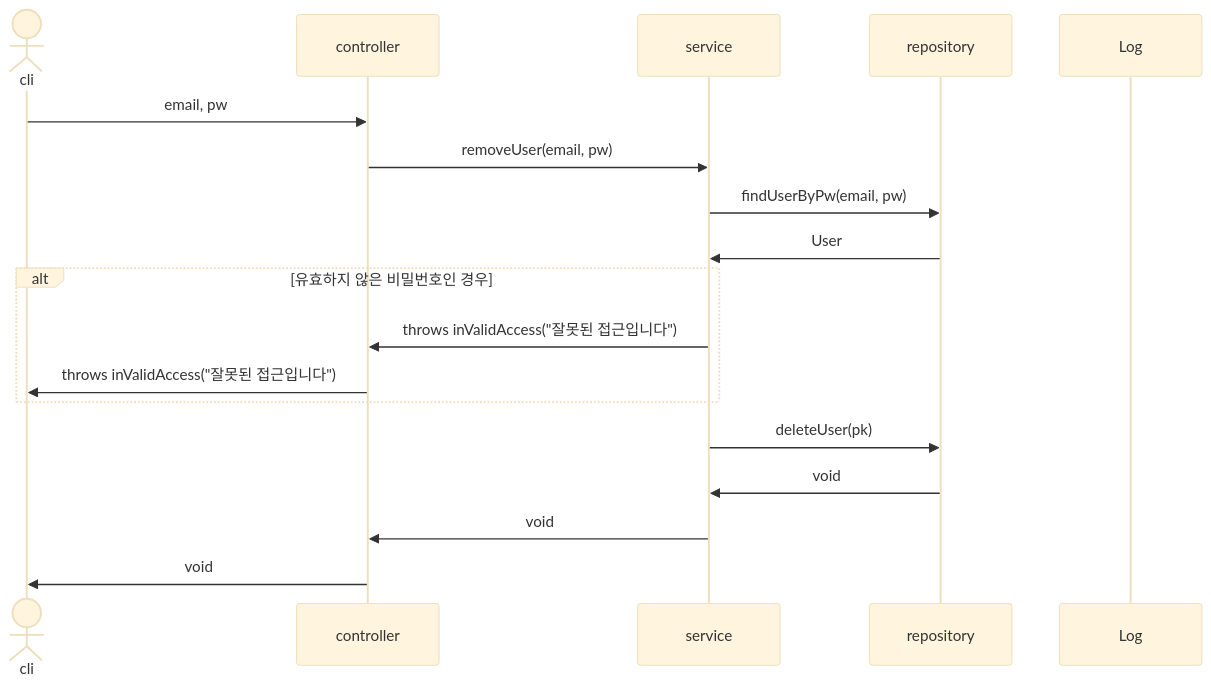
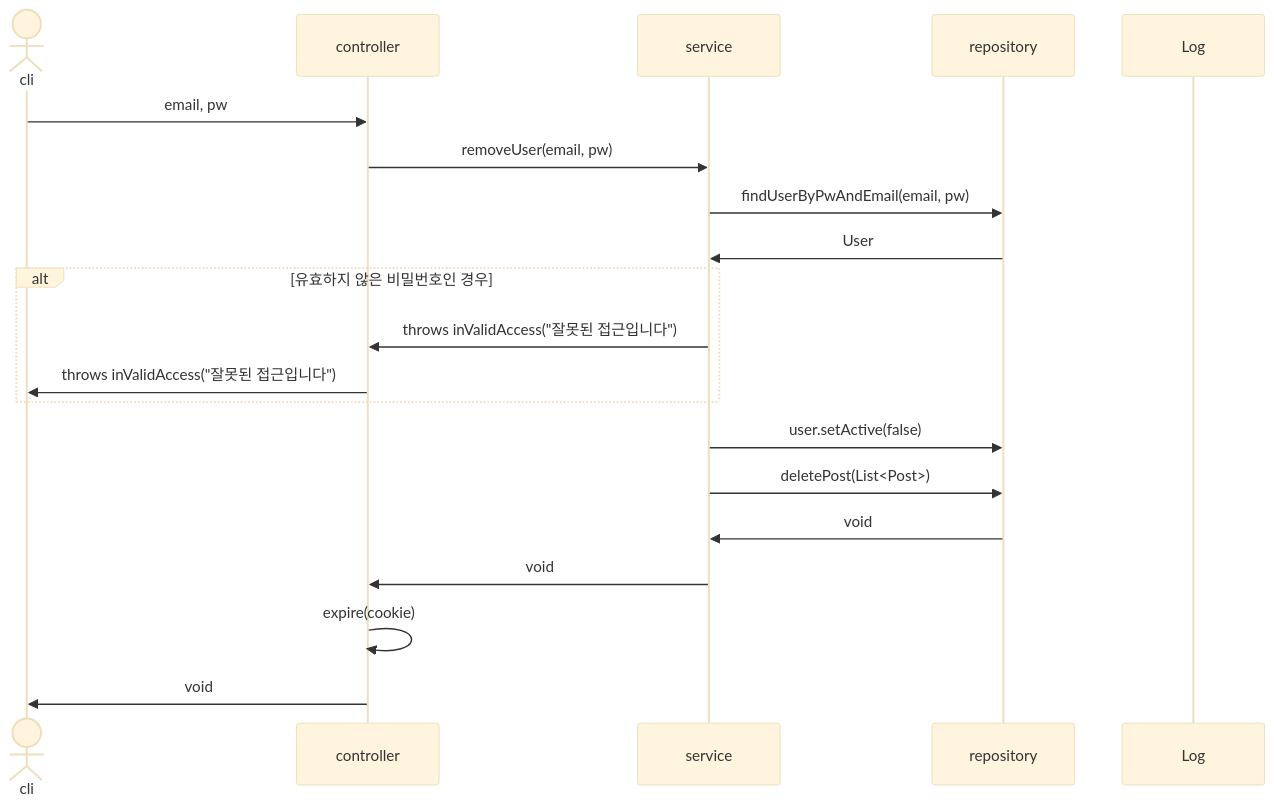
The fourth of 26 diagrams in sequence.md (mtak0235/snsX), drawn with Mermaid (base theme) before and after one commit.

Commit message:
update deleteUser sequence diagram

````diff
--- a/sequence.md
+++ b/sequence.md
@@ -67,21 +67,23 @@
 ```mermaid
 sequenceDiagram
 actor cli
 participant c as controller
 participant s as service
 participant r as repository
 participant l as Log
 
 cli->>c: email, pw
 c->>s: removeUser(email, pw)
-s->>r: findUserByPw(email, pw)
+s->>r: findUserByPwAndEmail(email, pw)
 r->>s: User
 alt 유효하지 않은 비밀번호인 경우
 s->>c: throws inValidAccess("잘못된 접근입니다")
 c->>cli: throws inValidAccess("잘못된 접근입니다")
 end
-s->>r: deleteUser(pk)
+s->>r: user.setActive(false)
+s->>r: deletePost(List<Post>)
 r->>s: void
 s->>c: void
+c->>c: expire(cookie)
 c->>cli: void
 ```
````
